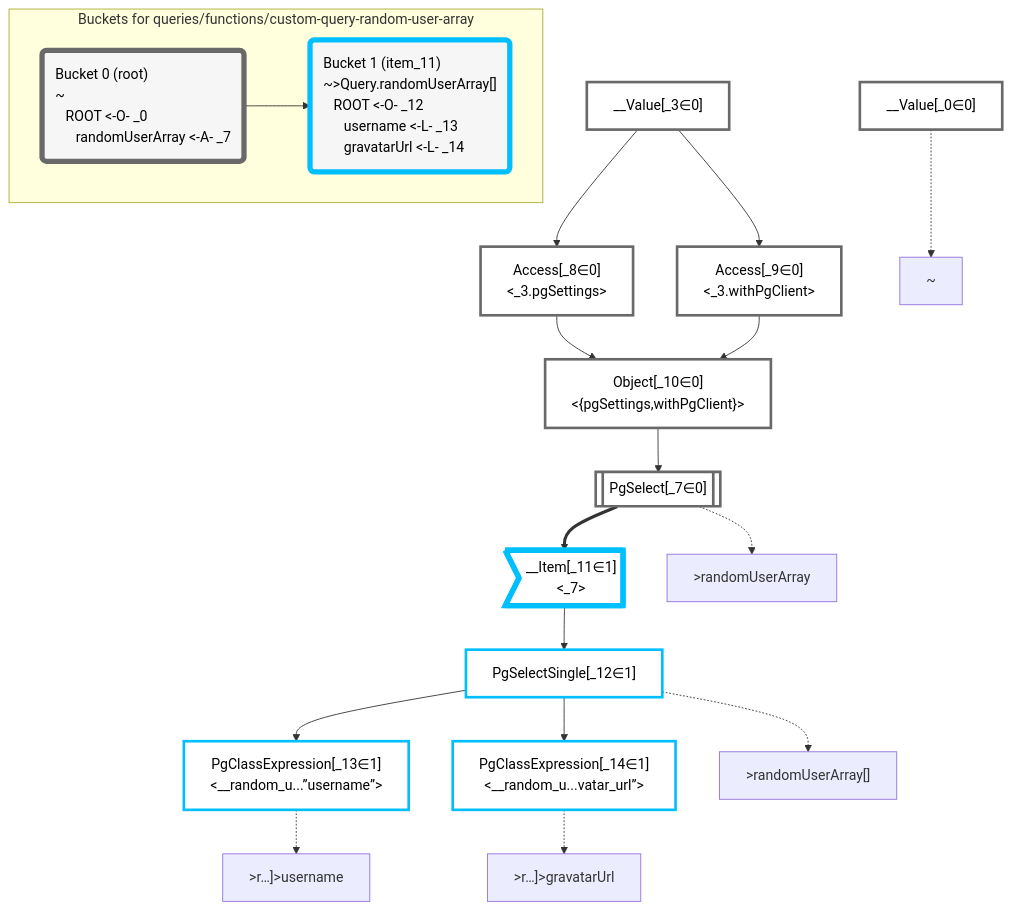
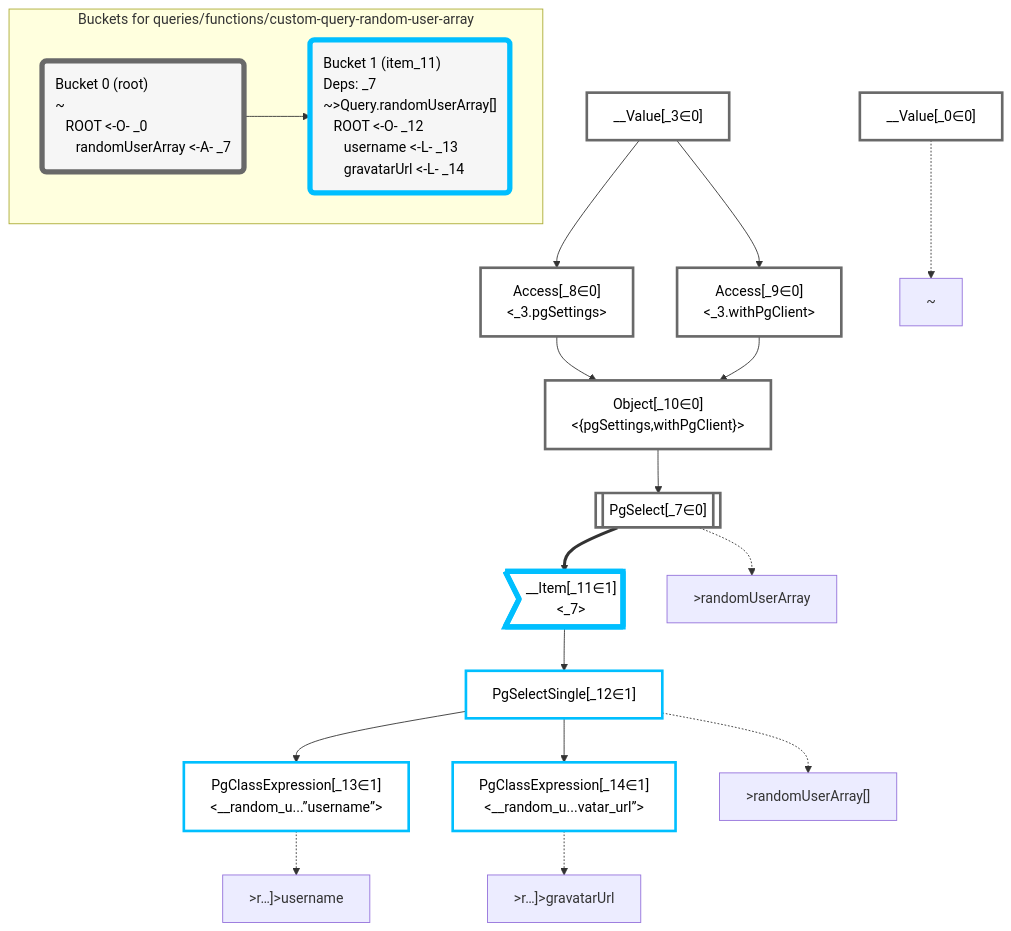
The diagram in packages/dataplan-pg/__tests__/queries/functions/custom-query-random-user-array.deopt.mermaid.md (graphile/crystal), drawn with Mermaid before and after one commit. The commit also changed 157 other files, not shown here.

Commit message:
Add deps to all query snapshots

````diff
--- a/packages/dataplan-pg/__tests__/queries/functions/custom-query-random-user-array.deopt.mermaid.md
+++ b/packages/dataplan-pg/__tests__/queries/functions/custom-query-random-user-array.deopt.mermaid.md
@@ -1,58 +1,58 @@
 ```mermaid
 graph TD
     classDef path fill:#eee,stroke:#000,color:#000
     classDef plan fill:#fff,stroke-width:3px,color:#000
     classDef itemplan fill:#fff,stroke-width:6px,color:#000
     classDef sideeffectplan fill:#f00,stroke-width:6px,color:#000
     classDef bucket fill:#f6f6f6,color:#000,stroke-width:6px,text-align:left
 
 
     %% define plans
     __Value_0["__Value[_0∈0]"]:::plan
     __Value_3["__Value[_3∈0]<br /><context>"]:::plan
     PgSelect_7[["PgSelect[_7∈0]<br /><random_user_array>"]]:::plan
     Access_8["Access[_8∈0]<br /><_3.pgSettings>"]:::plan
     Access_9["Access[_9∈0]<br /><_3.withPgClient>"]:::plan
     Object_10["Object[_10∈0]<br /><{pgSettings,withPgClient}>"]:::plan
     __Item_11>"__Item[_11∈1]<br /><_7>"]:::itemplan
     PgSelectSingle_12["PgSelectSingle[_12∈1]<br /><random_user_array>"]:::plan
     PgClassExpression_13["PgClassExpression[_13∈1]<br /><__random_u...”username”>"]:::plan
     PgClassExpression_14["PgClassExpression[_14∈1]<br /><__random_u...vatar_url”>"]:::plan
 
     %% plan dependencies
     Object_10 --> PgSelect_7
     __Value_3 --> Access_8
     __Value_3 --> Access_9
     Access_8 --> Object_10
     Access_9 --> Object_10
     PgSelect_7 ==> __Item_11
     __Item_11 --> PgSelectSingle_12
     PgSelectSingle_12 --> PgClassExpression_13
     PgSelectSingle_12 --> PgClassExpression_14
 
     %% plan-to-path relationships
     P_0["~"]
     __Value_0 -.-> P_0
     P_7[">randomUserArray"]
     PgSelect_7 -.-> P_7
     P_12[">randomUserArray[]"]
     PgSelectSingle_12 -.-> P_12
     P_13[">r…]>username"]
     PgClassExpression_13 -.-> P_13
     P_14[">r…]>gravatarUrl"]
     PgClassExpression_14 -.-> P_14
 
     %% allocate buckets
     classDef bucket0 stroke:#696969
     class __Value_0,__Value_3,PgSelect_7,Access_8,Access_9,Object_10 bucket0
     classDef bucket1 stroke:#00bfff
     class __Item_11,PgSelectSingle_12,PgClassExpression_13,PgClassExpression_14 bucket1
 
     subgraph "Buckets for queries/functions/custom-query-random-user-array"
     Bucket0("Bucket 0 (root)<br />~<br />⠀ROOT <-O- _0<br />⠀⠀randomUserArray <-A- _7"):::bucket
     style Bucket0 stroke:#696969
-    Bucket1("Bucket 1 (item_11)<br />~>Query.randomUserArray[]<br />⠀ROOT <-O- _12<br />⠀⠀username <-L- _13<br />⠀⠀gravatarUrl <-L- _14"):::bucket
+    Bucket1("Bucket 1 (item_11)<br />Deps: _7<br />~>Query.randomUserArray[]<br />⠀ROOT <-O- _12<br />⠀⠀username <-L- _13<br />⠀⠀gravatarUrl <-L- _14"):::bucket
     style Bucket1 stroke:#00bfff
     Bucket0 --> Bucket1
     end
 ```
````
